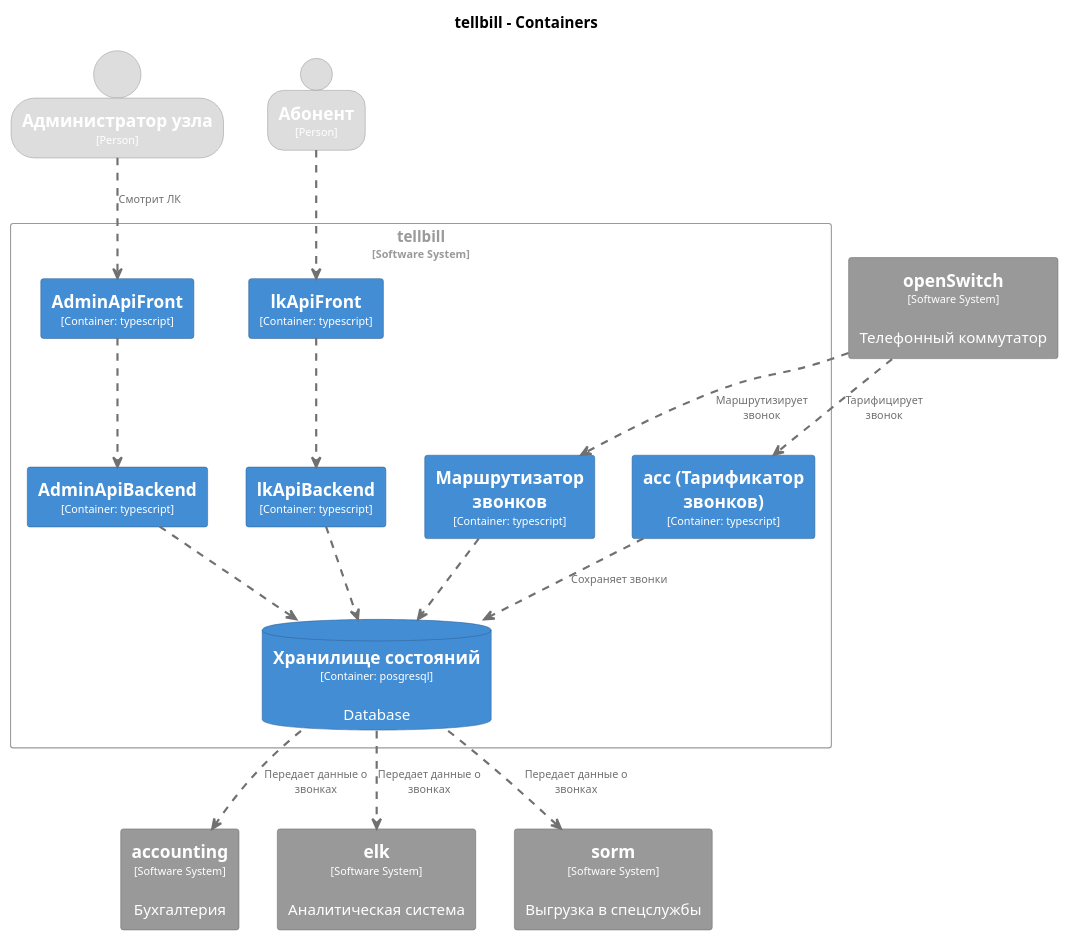
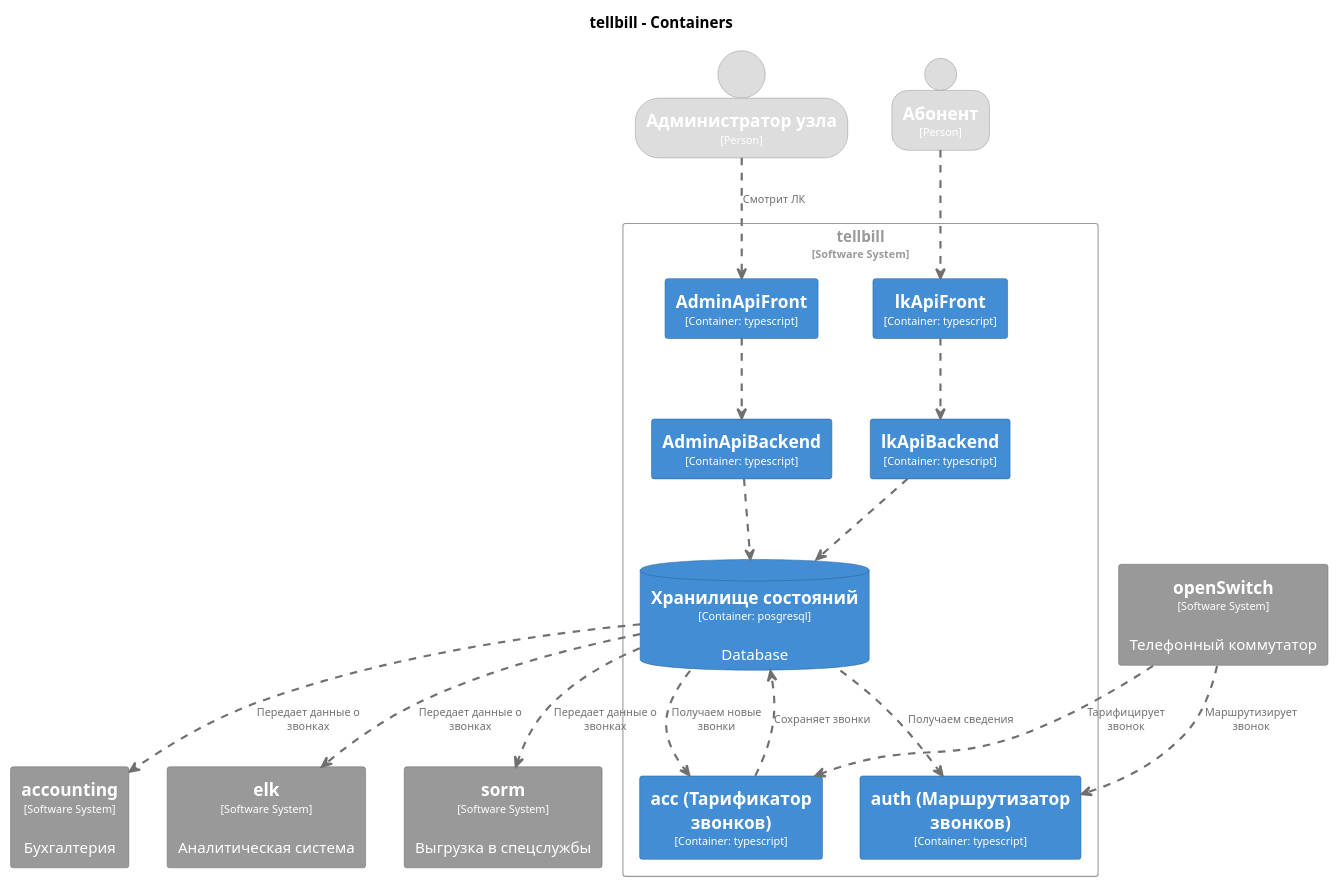
One commit to lfuuu/Diplom changed the diagram in docs/c4-dsl/plantuml/structurizr-Containers.puml. Above: the diagram before and after it, drawn with PlantUML. The commit also changed 44 other files, not shown here.

```diff
--- a/docs/c4-dsl/plantuml/structurizr-Containers.puml
+++ b/docs/c4-dsl/plantuml/structurizr-Containers.puml
@@ -1,130 +1,131 @@
 @startuml
 set separator none
 title tellbill - Containers
 
 top to bottom direction
 
 skinparam {
   arrowFontSize 10
   defaultTextAlignment center
   wrapWidth 200
   maxMessageSize 100
 }
 
 hide stereotype
 
 skinparam rectangle<<tellbill.AdminApiBackend>> {
   BackgroundColor #438dd5
   FontColor #ffffff
   BorderColor #2e6295
   shadowing false
 }
 skinparam rectangle<<tellbill.AdminApiFront>> {
   BackgroundColor #438dd5
   FontColor #ffffff
   BorderColor #2e6295
   shadowing false
 }
 skinparam rectangle<<tellbill.accТарификаторзвонков>> {
   BackgroundColor #438dd5
   FontColor #ffffff
   BorderColor #2e6295
   shadowing false
 }
 skinparam rectangle<<accounting>> {
   BackgroundColor #999999
   FontColor #ffffff
   BorderColor #6b6b6b
+  shadowing false
+}
+skinparam rectangle<<tellbill.authМаршрутизаторзвонков>> {
+  BackgroundColor #438dd5
+  FontColor #ffffff
+  BorderColor #2e6295
   shadowing false
 }
 skinparam rectangle<<elk>> {
   BackgroundColor #999999
   FontColor #ffffff
   BorderColor #6b6b6b
   shadowing false
 }
 skinparam rectangle<<tellbill.lkApiBackend>> {
   BackgroundColor #438dd5
   FontColor #ffffff
   BorderColor #2e6295
   shadowing false
 }
 skinparam rectangle<<tellbill.lkApiFront>> {
   BackgroundColor #438dd5
   FontColor #ffffff
   BorderColor #2e6295
   shadowing false
 }
 skinparam rectangle<<openSwitch>> {
   BackgroundColor #999999
   FontColor #ffffff
   BorderColor #6b6b6b
   shadowing false
 }
 skinparam rectangle<<sorm>> {
   BackgroundColor #999999
   FontColor #ffffff
   BorderColor #6b6b6b
   shadowing false
 }
 skinparam person<<Абонент>> {
   BackgroundColor #dddddd
   FontColor #ffffff
   BorderColor #9a9a9a
   shadowing false
 }
 skinparam person<<Администраторузла>> {
   BackgroundColor #dddddd
   FontColor #ffffff
   BorderColor #9a9a9a
   shadowing false
 }
-skinparam rectangle<<tellbill.Маршрутизаторзвонков>> {
-  BackgroundColor #438dd5
-  FontColor #ffffff
-  BorderColor #2e6295
-  shadowing false
-}
 skinparam database<<tellbill.Хранилищесостояний>> {
   BackgroundColor #438dd5
   FontColor #ffffff
   BorderColor #2e6295
   shadowing false
 }
 skinparam rectangle<<tellbill>> {
   BorderColor #9a9a9a
   FontColor #9a9a9a
   shadowing false
 }
 
 person "==Администратор узла\n<size:10>[Person]</size>" <<Администраторузла>> as Администраторузла
 person "==Абонент\n<size:10>[Person]</size>" <<Абонент>> as Абонент
 rectangle "==openSwitch\n<size:10>[Software System]</size>\n\nТелефонный коммутатор" <<openSwitch>> as openSwitch
 rectangle "==accounting\n<size:10>[Software System]</size>\n\nБухгалтерия" <<accounting>> as accounting
 rectangle "==elk\n<size:10>[Software System]</size>\n\nАналитическая система" <<elk>> as elk
 rectangle "==sorm\n<size:10>[Software System]</size>\n\nВыгрузка в спецслужбы" <<sorm>> as sorm
 
 rectangle "tellbill\n<size:10>[Software System]</size>" <<tellbill>> {
-  rectangle "==Маршрутизатор звонков\n<size:10>[Container: typescript]</size>" <<tellbill.Маршрутизаторзвонков>> as tellbill.Маршрутизаторзвонков
+  rectangle "==auth (Маршрутизатор звонков)\n<size:10>[Container: typescript]</size>" <<tellbill.authМаршрутизаторзвонков>> as tellbill.authМаршрутизаторзвонков
+  rectangle "==acc (Тарификатор звонков)\n<size:10>[Container: typescript]</size>" <<tellbill.accТарификаторзвонков>> as tellbill.accТарификаторзвонков
   database "==Хранилище состояний\n<size:10>[Container: posgresql]</size>\n\nDatabase" <<tellbill.Хранилищесостояний>> as tellbill.Хранилищесостояний
   rectangle "==lkApiBackend\n<size:10>[Container: typescript]</size>" <<tellbill.lkApiBackend>> as tellbill.lkApiBackend
   rectangle "==lkApiFront\n<size:10>[Container: typescript]</size>" <<tellbill.lkApiFront>> as tellbill.lkApiFront
   rectangle "==AdminApiBackend\n<size:10>[Container: typescript]</size>" <<tellbill.AdminApiBackend>> as tellbill.AdminApiBackend
   rectangle "==AdminApiFront\n<size:10>[Container: typescript]</size>" <<tellbill.AdminApiFront>> as tellbill.AdminApiFront
-  rectangle "==acc (Тарификатор звонков)\n<size:10>[Container: typescript]</size>" <<tellbill.accТарификаторзвонков>> as tellbill.accТарификаторзвонков
 }
 
-tellbill.lkApiFront .[#707070,thickness=2].> tellbill.lkApiBackend : "<color:#707070>"
 tellbill.AdminApiFront .[#707070,thickness=2].> tellbill.AdminApiBackend : "<color:#707070>"
+tellbill.AdminApiBackend .[#707070,thickness=2].> tellbill.Хранилищесостояний : "<color:#707070>"
+tellbill.lkApiBackend .[#707070,thickness=2].> tellbill.Хранилищесостояний : "<color:#707070>"
 tellbill.accТарификаторзвонков .[#707070,thickness=2].> tellbill.Хранилищесостояний : "<color:#707070>Сохраняет звонки"
-tellbill.Маршрутизаторзвонков .[#707070,thickness=2].> tellbill.Хранилищесостояний : "<color:#707070>"
+tellbill.Хранилищесостояний .[#707070,thickness=2].> tellbill.authМаршрутизаторзвонков : "<color:#707070>Получаем сведения"
+tellbill.Хранилищесостояний .[#707070,thickness=2].> tellbill.accТарификаторзвонков : "<color:#707070>Получаем новые звонки"
 tellbill.Хранилищесостояний .[#707070,thickness=2].> elk : "<color:#707070>Передает данные о звонках"
 tellbill.Хранилищесостояний .[#707070,thickness=2].> sorm : "<color:#707070>Передает данные о звонках"
 tellbill.Хранилищесостояний .[#707070,thickness=2].> accounting : "<color:#707070>Передает данные о звонках"
-tellbill.lkApiBackend .[#707070,thickness=2].> tellbill.Хранилищесостояний : "<color:#707070>"
-tellbill.AdminApiBackend .[#707070,thickness=2].> tellbill.Хранилищесостояний : "<color:#707070>"
 Абонент .[#707070,thickness=2].> tellbill.lkApiFront : "<color:#707070>"
 openSwitch .[#707070,thickness=2].> tellbill.accТарификаторзвонков : "<color:#707070>Тарифицирует звонок"
-openSwitch .[#707070,thickness=2].> tellbill.Маршрутизаторзвонков : "<color:#707070>Маршрутизирует звонок"
+openSwitch .[#707070,thickness=2].> tellbill.authМаршрутизаторзвонков : "<color:#707070>Маршрутизирует звонок"
 Администраторузла .[#707070,thickness=2].> tellbill.AdminApiFront : "<color:#707070>Смотрит ЛК"
+tellbill.lkApiFront .[#707070,thickness=2].> tellbill.lkApiBackend : "<color:#707070>"
 @enduml
```
